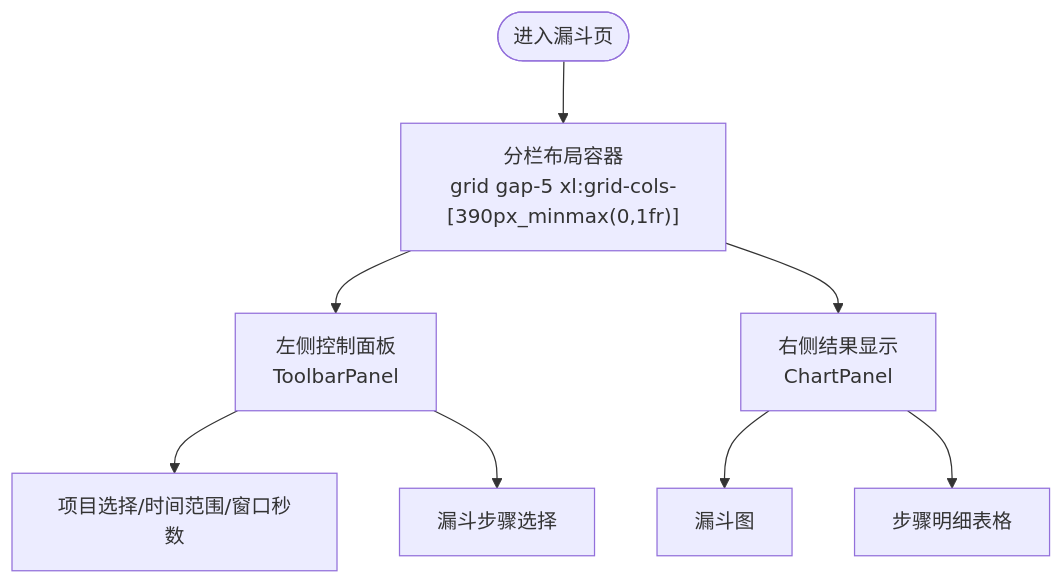
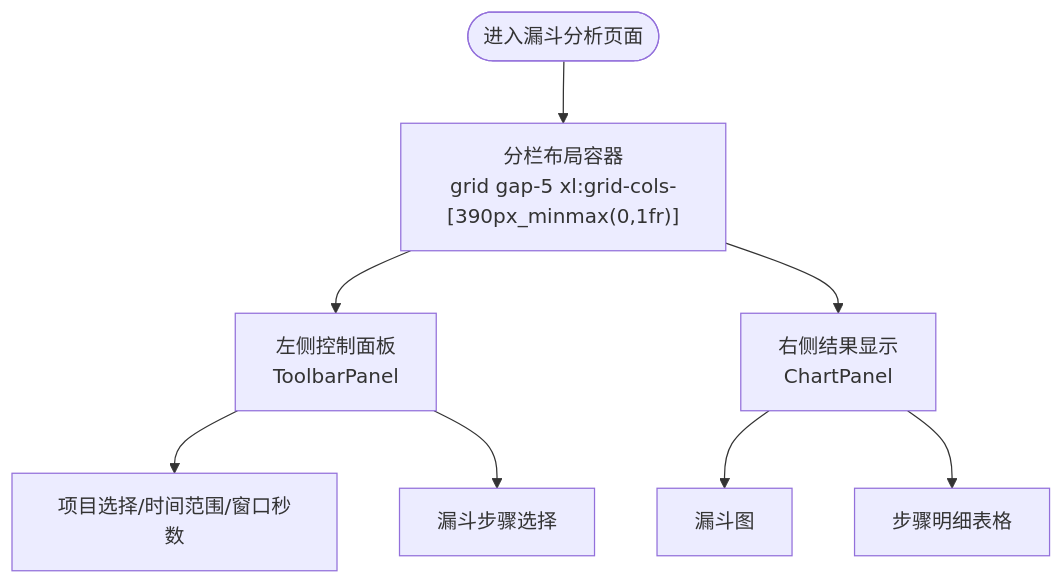
The third of 6 diagrams in .qoder/repowiki/zh/content/Web控制台/漏斗分析功能.md (zhen-zhong/AeroLog), drawn with Mermaid before and after one commit. The commit also changed other lines of this file and 97 other files, not shown here.

````diff
--- a/.qoder/repowiki/zh/content/Web控制台/漏斗分析功能.md
+++ b/.qoder/repowiki/zh/content/Web控制台/漏斗分析功能.md
@@ -123,10 +126,10 @@
 ```mermaid
 flowchart TD
-Start(["进入漏斗页"]) --> Layout["分栏布局容器<br/>grid gap-5 xl:grid-cols-[390px_minmax(0,1fr)]"]
+Start(["进入漏斗分析页面"]) --> Layout["分栏布局容器<br/>grid gap-5 xl:grid-cols-[390px_minmax(0,1fr)]"]
 Layout --> LeftPanel["左侧控制面板<br/>ToolbarPanel"]
 Layout --> RightPanel["右侧结果显示<br/>ChartPanel"]
 LeftPanel --> Controls["项目选择/时间范围/窗口秒数"]
 LeftPanel --> Steps["漏斗步骤选择"]
 RightPanel --> FunnelChart["漏斗图"]
 RightPanel --> DataTable["步骤明细表格"]
 ```
````
